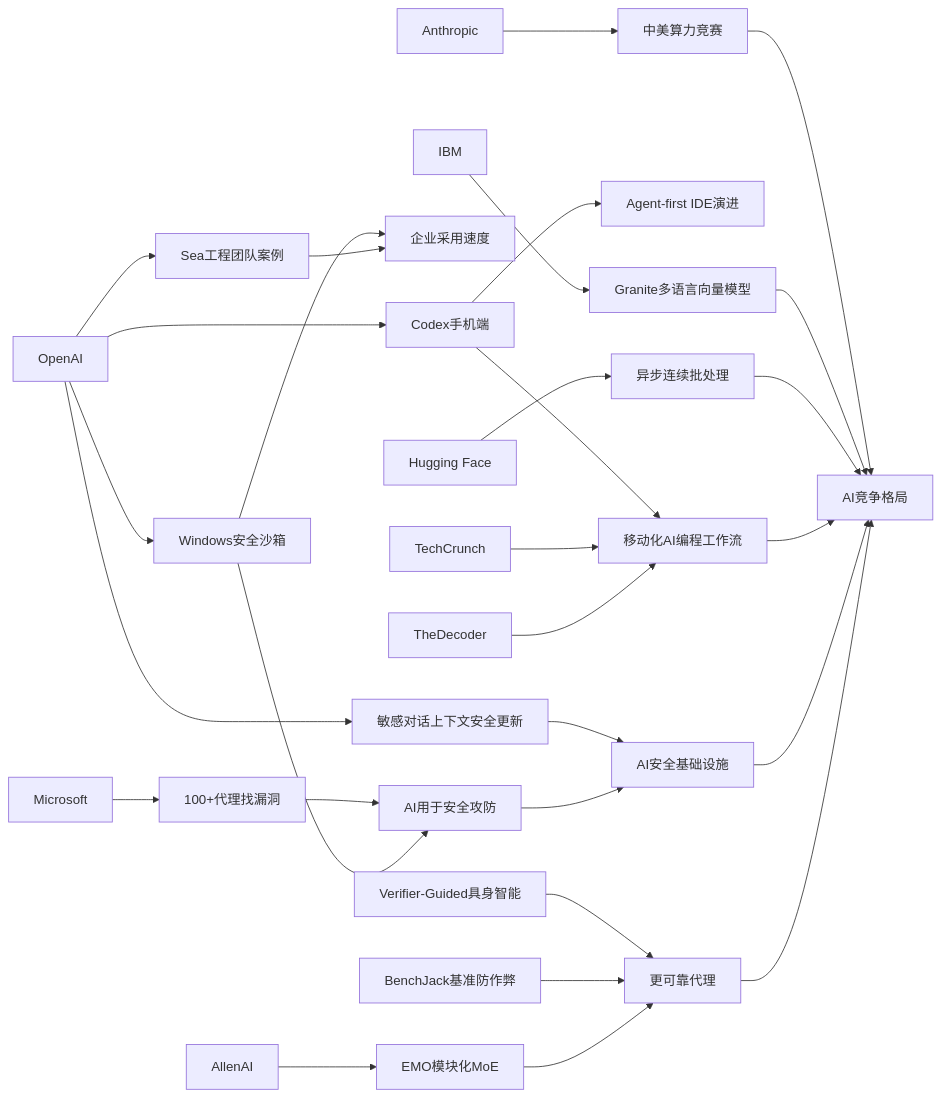
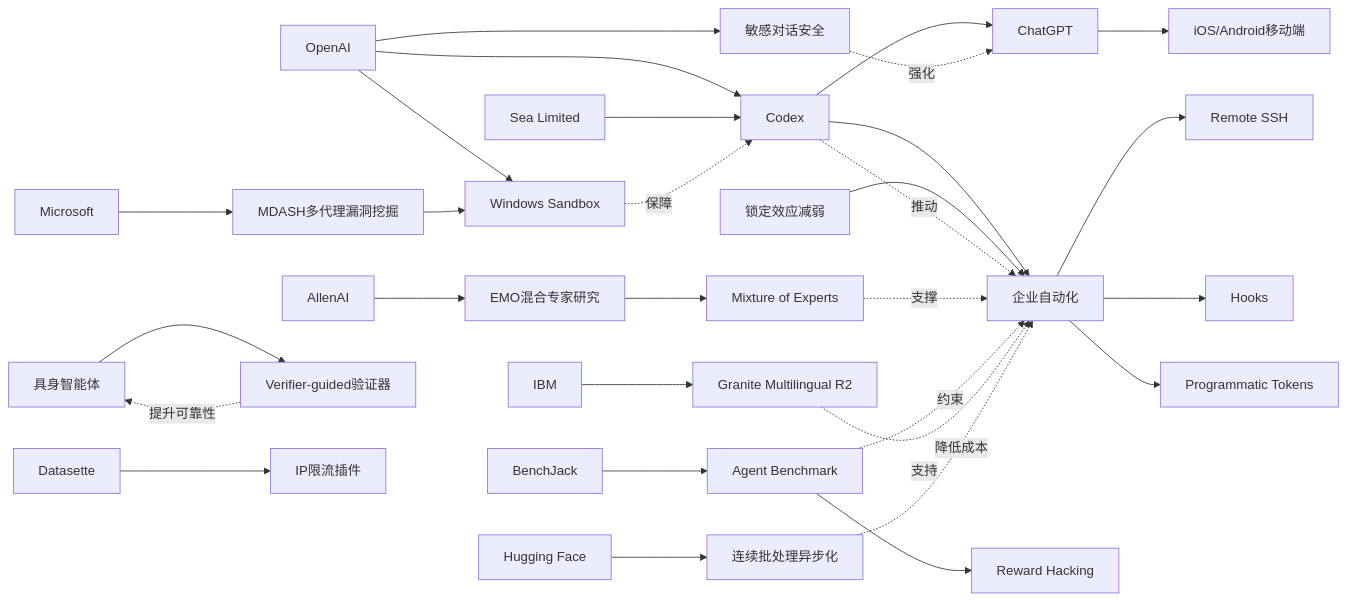
One commit to zhuxinfei/ai-daily-site changed the diagram in content/cn/2026/2026-05/2026-05-15.md. Above: the diagram before and after it, drawn with Mermaid. The commit also changed other lines of this file, not shown here.

````diff
--- a/content/cn/2026/2026-05/2026-05-15.md
+++ b/content/cn/2026/2026-05/2026-05-15.md
@@ -110,38 +140,67 @@
 ```mermaid
 graph LR
-    OpenAI --> Codex_Mobile[Codex手机端]
-    OpenAI --> Safety_Update[敏感对话上下文安全更新]
-    OpenAI --> Windows_Sandbox[Windows安全沙箱]
-    OpenAI --> Sea[Sea工程团队案例]
+    OpenAI[OpenAI]
+    Codex[Codex]
+    ChatGPT[ChatGPT]
+    Mobile[iOS/Android移动端]
+    Enterprise[企业自动化]
+    SSH[Remote SSH]
+    Hooks[Hooks]
+    Tokens[Programmatic Tokens]
+    Sea[Sea Limited]
+    Sandbox[Windows Sandbox]
+    Safety[敏感对话安全]
+    Microsoft[Microsoft]
+    MDASH[MDASH多代理漏洞挖掘]
 
-    Codex_Mobile --> Mobile_Workflow[移动化AI编程工作流]
-    Codex_Mobile --> Agent_First_IDE[Agent-first IDE演进]
-    Windows_Sandbox --> Enterprise_Adoption[企业采用速度]
-    Sea --> Enterprise_Adoption
+    AllenAI[AllenAI]
+    EMO[EMO混合专家研究]
+    MoE[Mixture of Experts]
+    Embodied[具身智能体]
+    Verifier[Verifier-guided验证器]
+    BenchJack[BenchJack]
+    Benchmark[Agent Benchmark]
+    Reward[Reward Hacking]
 
-    TechCrunch --> Mobile_Workflow
-    TheDecoder --> Mobile_Workflow
+    IBM[IBM]
+    Granite[Granite Multilingual R2]
+    HF[Hugging Face]
+    Batching[连续批处理异步化]
+    Datasette[Datasette]
+    RateLimit[IP限流插件]
+    Lockin[锁定效应减弱]
 
-    Microsoft --> MDASH[100+代理找漏洞]
-    MDASH --> AI_for_Security[AI用于安全攻防]
-    Windows_Sandbox --> AI_for_Security
-    Safety_Update --> AI_Safety[AI安全基础设施]
-    AI_for_Security --> AI_Safety
+    OpenAI --> Codex
+    Codex --> ChatGPT
+    ChatGPT --> Mobile
+    Codex --> Enterprise
+    Enterprise --> SSH
+    Enterprise --> Hooks
+    Enterprise --> Tokens
+    Sea --> Codex
 
-    AllenAI --> EMO[EMO模块化MoE]
-    Verifier_Paper[Verifier-Guided具身智能] --> Reliable_Agents[更可靠代理]
-    BenchJack[BenchJack基准防作弊] --> Reliable_Agents
-    EMO --> Reliable_Agents
+    OpenAI --> Sandbox
+    OpenAI --> Safety
+    Microsoft --> MDASH
+    MDASH --> Sandbox
 
-    Anthropic --> Compute_Race[中美算力竞赛]
-    IBM --> Granite[Granite多语言向量模型]
-    HF[Hugging Face] --> Async_Batching[异步连续批处理]
+    AllenAI --> EMO
+    EMO --> MoE
+    Embodied --> Verifier
+    BenchJack --> Benchmark
+    Benchmark --> Reward
 
-    Compute_Race --> AI_Competition[AI竞争格局]
-    Granite --> AI_Competition
-    Async_Batching --> AI_Competition
+    IBM --> Granite
+    HF --> Batching
+    Datasette --> RateLimit
+    Lockin --> Enterprise
 
-    Mobile_Workflow --> AI_Competition
-    AI_Safety --> AI_Competition
-    Reliable_Agents --> AI_Competition
+    Codex -.推动.-> Enterprise
+    Sandbox -.保障.-> Codex
+    Safety -.强化.-> ChatGPT
+    MoE -.支撑.-> Enterprise
+    Verifier -.提升可靠性.-> Embodied
+    Benchmark -.约束.-> Enterprise
+    Granite -.支持.-> Enterprise
+    Batching -.降低成本.-> Enterprise
 ```
````
